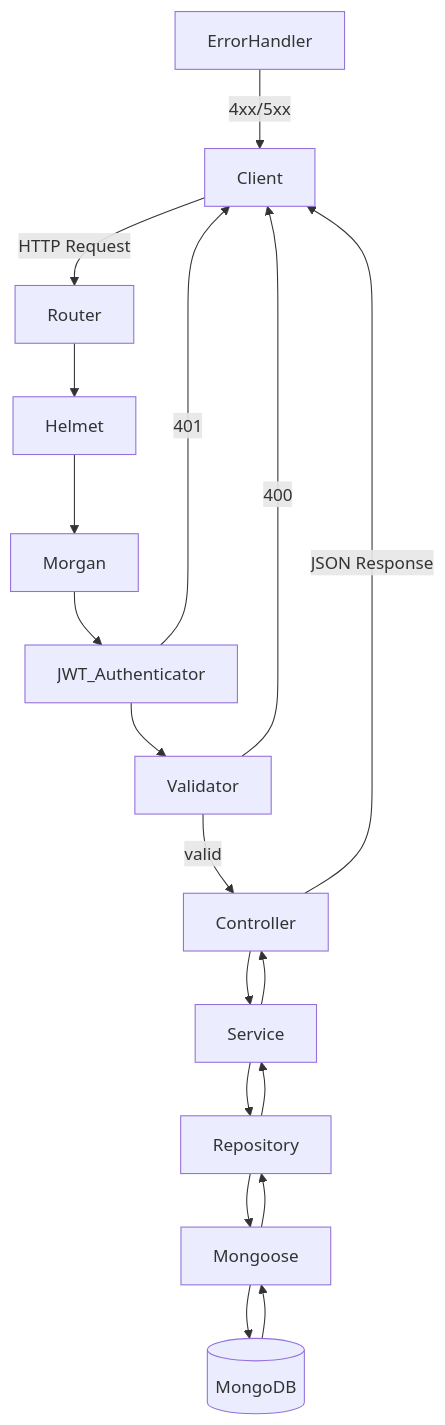
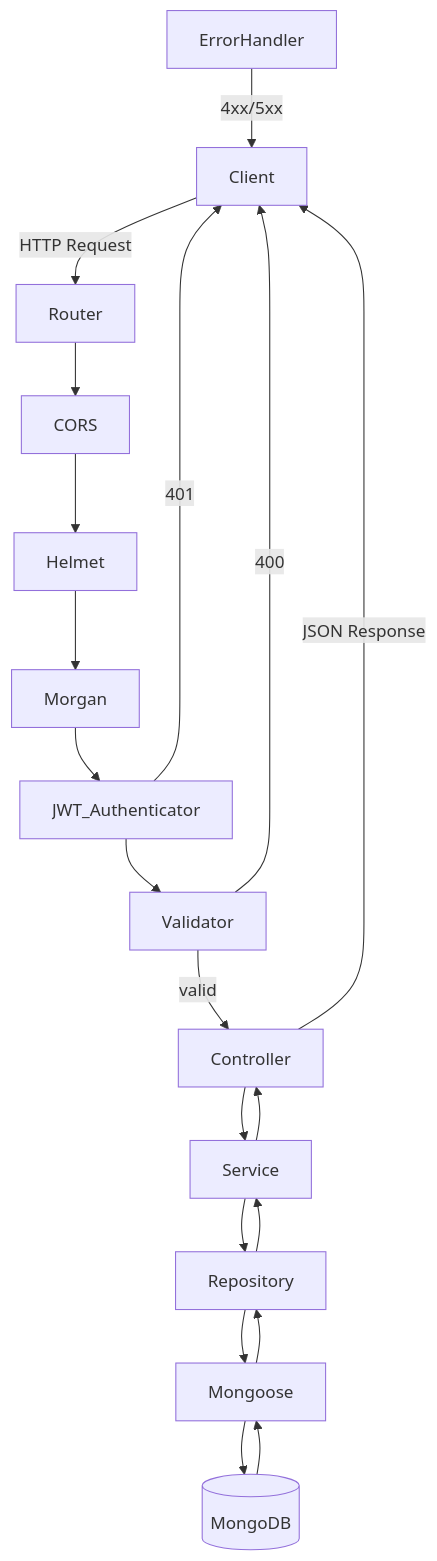
The diagram in .kiro/specs/node-express-mongodb-api/design.md (a951racer/flow-master-api), drawn with Mermaid before and after one commit. The commit also changed other lines of this file and 6 other files, not shown here.

````diff
--- a/.kiro/specs/node-express-mongodb-api/design.md
+++ b/.kiro/specs/node-express-mongodb-api/design.md
@@ -26,21 +26,22 @@
 ```mermaid
 flowchart TD
     Client -->|HTTP Request| Router
-    Router --> Helmet
+    Router --> CORS
+    CORS --> Helmet
     Helmet --> Morgan
     Morgan --> JWT_Authenticator
     JWT_Authenticator --> Validator
     Validator -->|valid| Controller
     Validator -->|400| Client
     JWT_Authenticator -->|401| Client
     Controller --> Service
     Service --> Repository
     Repository --> Mongoose
     Mongoose --> MongoDB[(MongoDB)]
     MongoDB --> Mongoose
     Mongoose --> Repository
     Repository --> Service
     Service --> Controller
     Controller -->|JSON Response| Client
     ErrorHandler -->|4xx/5xx| Client
 ```
````
